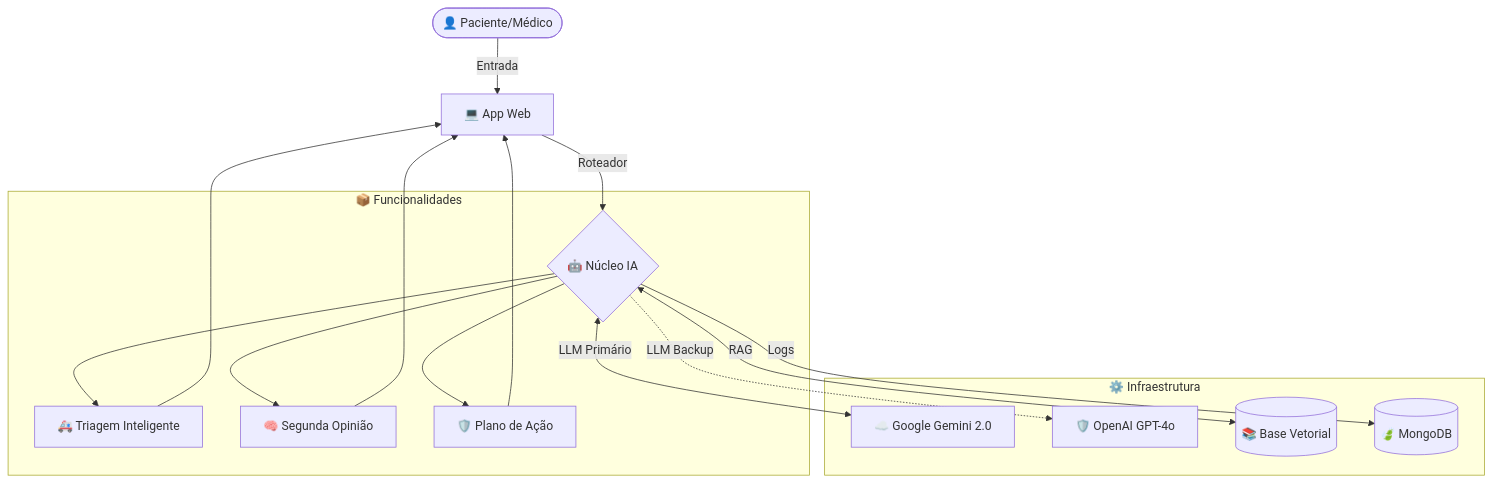
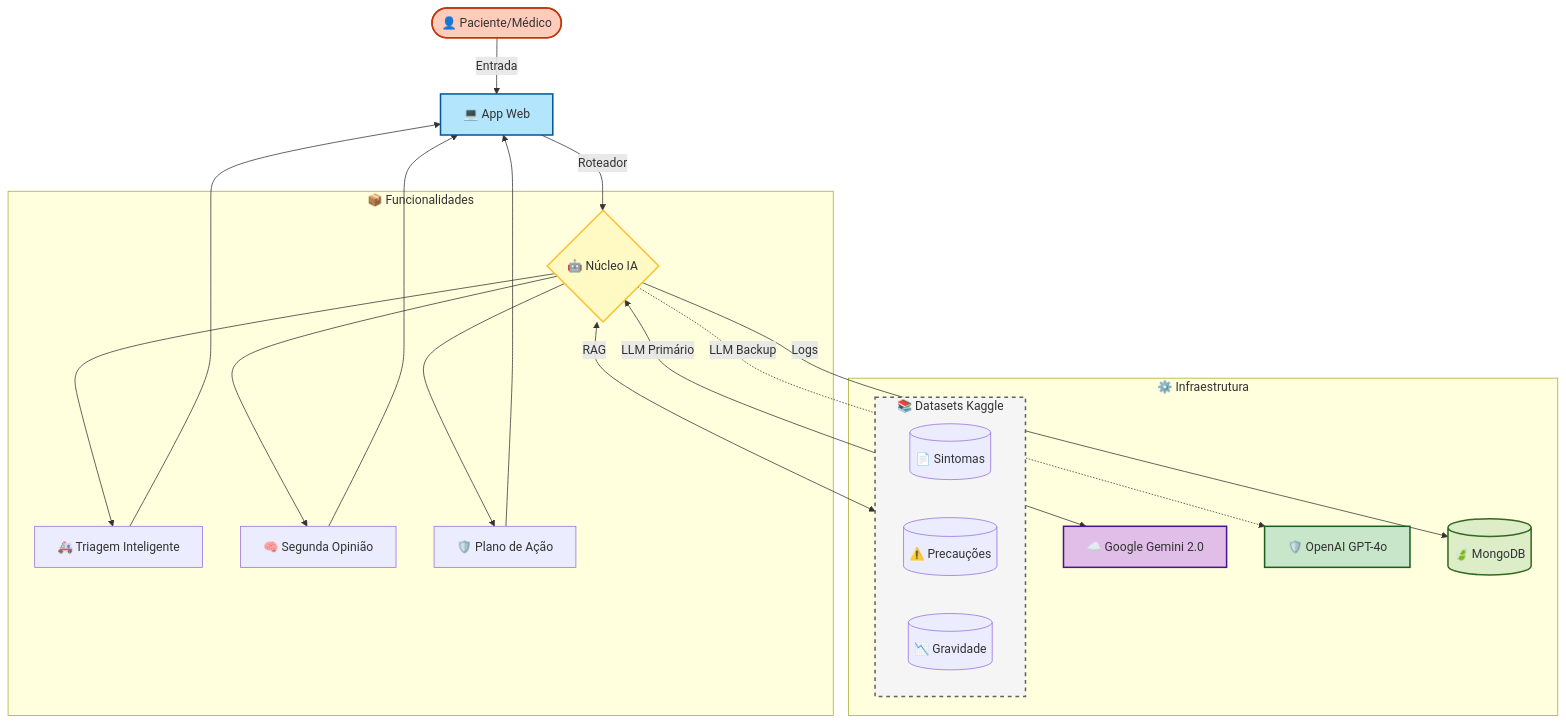
One commit to Adam-Blf/Projet-IA-Generative-Doctis-AI-mo changed the fifth of 8 diagrams in README.md. Above: the diagram before and after it, drawn with Mermaid. The commit also changed other lines of this file, not shown here.

Commit message:
Docs: Update Mermaid diagrams with specific datasets and colors

````diff
--- a/README.md
+++ b/README.md
@@ -372,20 +428,34 @@
 ```mermaid
 graph TD
     User([👤 Paciente/Médico]) -->|Entrada| UI[💻 App Web];
     UI -->|Roteador| Agent{🤖 Núcleo IA};
     
     subgraph Modules [📦 Funcionalidades]
         Agent --> Triage[🚑 Triagem Inteligente];
         Agent --> SecondOp[🧠 Segunda Opinião];
         Agent --> Plan[🛡️ Plano de Ação];
     end
 
+    subgraph Data [📚 Datasets Kaggle]
+        D1[(📄 Sintomas)];
+        D2[(⚠️ Precauções)];
+        D3[(📉 Gravidade)];
+    end
+
     subgraph Backend [⚙️ Infraestrutura]
         Agent <-->|LLM Primário| Gemini[☁️ Google Gemini 2.0];
         Agent -.->|LLM Backup| GPT[🛡️ OpenAI GPT-4o];
-        Agent <-->|RAG| DB[(📚 Base Vetorial)];
+        Agent <-->|RAG| Data;
         Agent -->|Logs| Mongo[(🍃 MongoDB)];
     end
     
     Triage & SecondOp & Plan --> UI;
+    
+    style User fill:#ffccbc,stroke:#bf360c,stroke-width:2px;
+    style UI fill:#b3e5fc,stroke:#01579b,stroke-width:2px;
+    style Agent fill:#fff9c4,stroke:#fbc02d,stroke-width:2px;
+    style Gemini fill:#e1bee7,stroke:#4a148c,stroke-width:2px;
+    style GPT fill:#c8e6c9,stroke:#1b5e20,stroke-width:2px;
+    style Mongo fill:#dcedc8,stroke:#33691e,stroke-width:2px;
+    style Data fill:#f5f5f5,stroke:#616161,stroke-width:2px,stroke-dasharray: 5 5;
 ```
````
